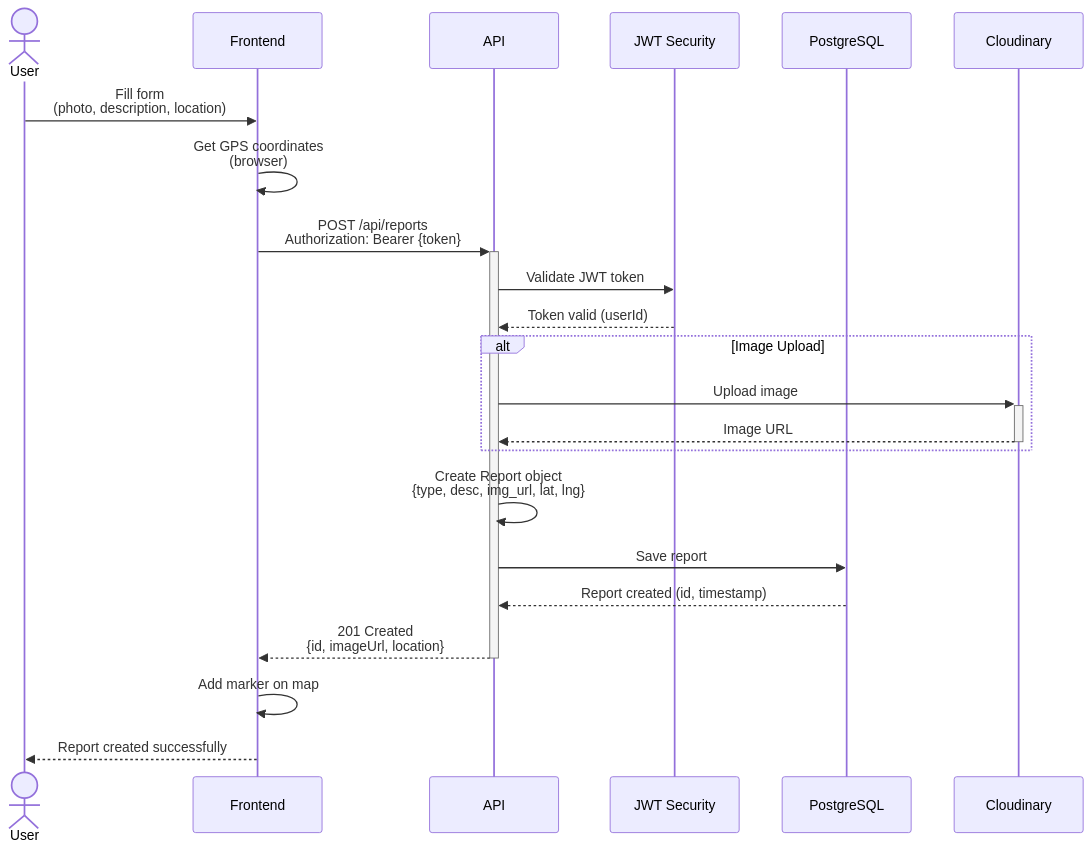
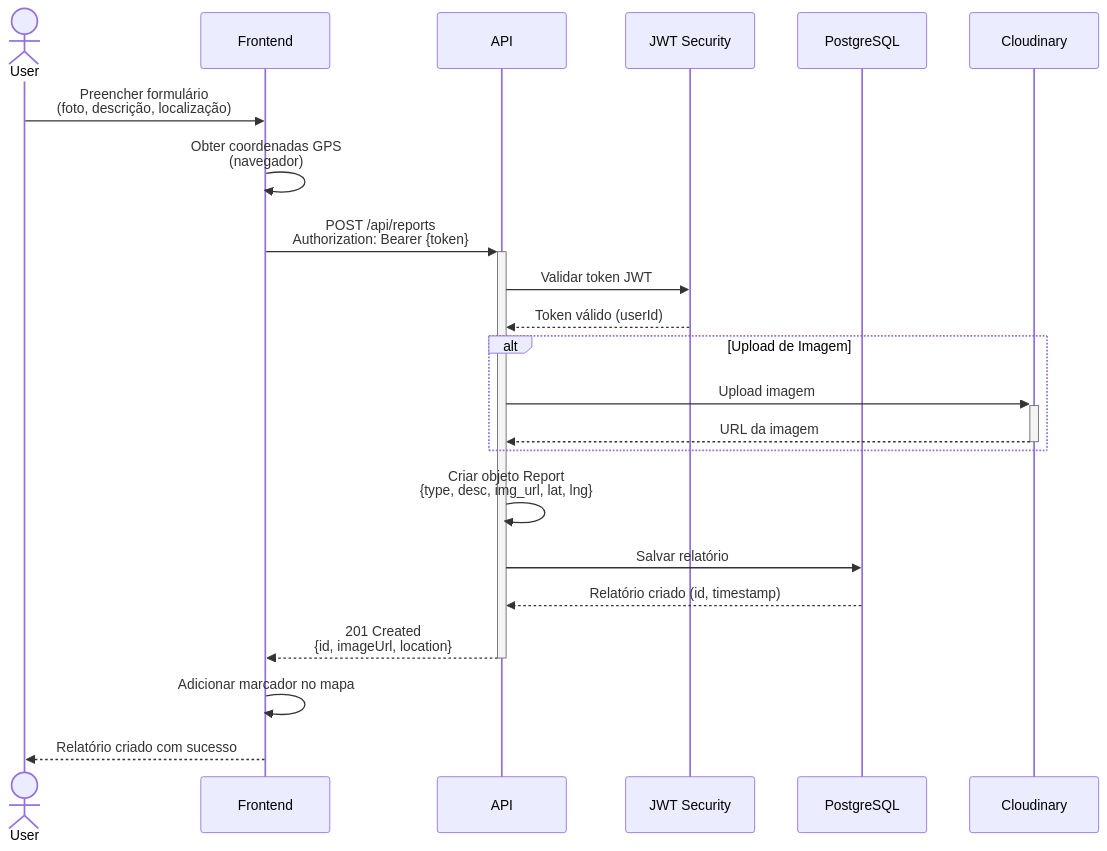
One commit to guilhermemarch/petrescue changed the third of 3 diagrams in README.md. Above: the diagram before and after it, drawn with Mermaid. The commit also changed other lines of this file, not shown here.

````diff
--- a/README.md
+++ b/README.md
@@ -151,29 +151,29 @@
 ```mermaid
 sequenceDiagram
     actor User
     participant Frontend
     participant API
     participant Security as JWT Security
     participant DB as PostgreSQL
     participant Cloud as Cloudinary
     
-    User->>Frontend: Fill form<br/>(photo, description, location)
-    Frontend->>Frontend: Get GPS coordinates<br/>(browser)
+    User->>Frontend: Preencher formulário<br/>(foto, descrição, localização)
+    Frontend->>Frontend: Obter coordenadas GPS<br/>(navegador)
     
     Frontend->>+API: POST /api/reports<br/>Authorization: Bearer {token}
-    API->>Security: Validate JWT token
-    Security-->>API: Token valid (userId)
+    API->>Security: Validar token JWT
+    Security-->>API: Token válido (userId)
     
-    alt Image Upload
-        API->>+Cloud: Upload image
-        Cloud-->>-API: Image URL
+    alt Upload de Imagem
+        API->>+Cloud: Upload imagem
+        Cloud-->>-API: URL da imagem
     end
     
-    API->>API: Create Report object<br/>{type, desc, img_url, lat, lng}
-    API->>DB: Save report
-    DB-->>API: Report created (id, timestamp)
+    API->>API: Criar objeto Report<br/>{type, desc, img_url, lat, lng}
+    API->>DB: Salvar relatório
+    DB-->>API: Relatório criado (id, timestamp)
     
     API-->>-Frontend: 201 Created<br/>{id, imageUrl, location}
-    Frontend->>Frontend: Add marker on map
-    Frontend-->>User: Report created successfully
+    Frontend->>Frontend: Adicionar marcador no mapa
+    Frontend-->>User: Relatório criado com sucesso
 ```
````
